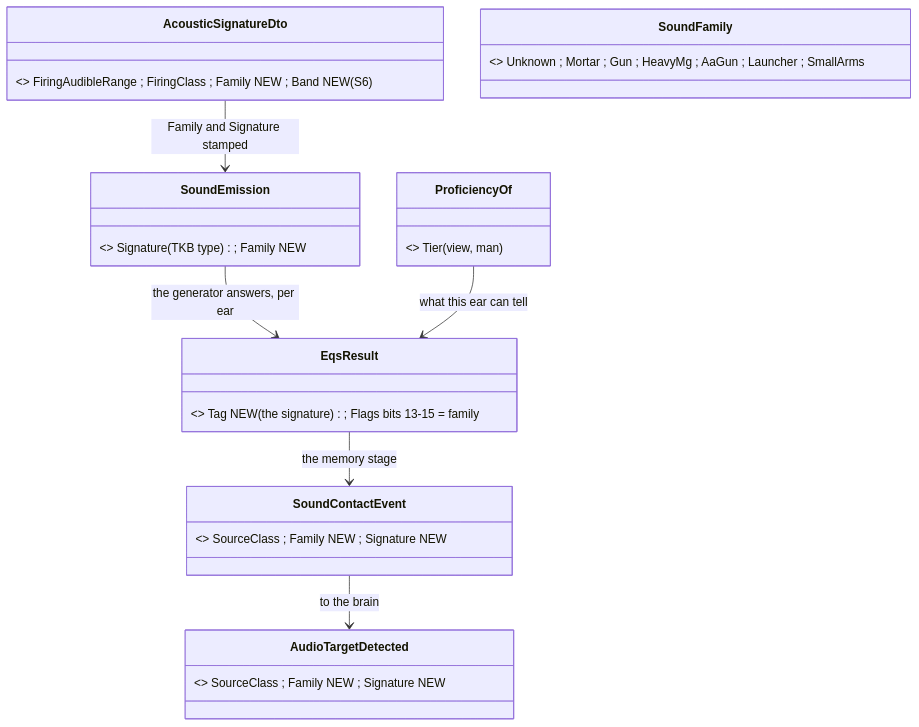
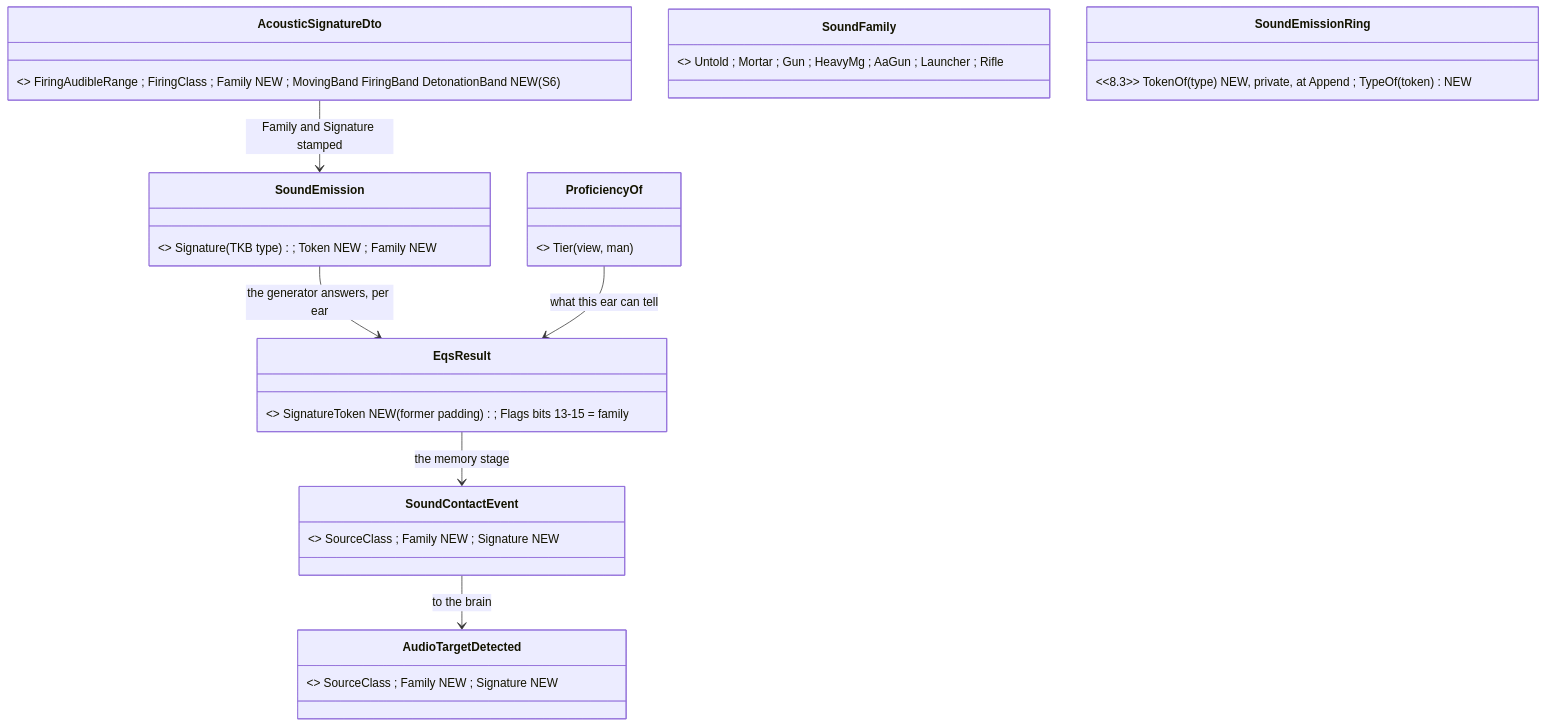
Diagram 12 of 12 in docs/DESIGN_Thermal_And_Acoustic_Sensing.md (pjanec/HROT), drawn with Mermaid before and after one commit. The commit also changed other lines of this file and 21 other files, not shown here.

````diff
--- a/docs/DESIGN_Thermal_And_Acoustic_Sensing.md
+++ b/docs/DESIGN_Thermal_And_Acoustic_Sensing.md
@@ -671,15 +672,16 @@
 ```mermaid
 classDiagram
-  class AcousticSignatureDto { <<TKB, existing>> FiringAudibleRange ; FiringClass ; Family NEW ; Band NEW (S6) }
-  class SoundFamily { <<NEW enum, 3 bits>> Unknown ; Mortar ; Gun ; HeavyMg ; AaGun ; Launcher ; SmallArms }
-  class SoundEmission { <<ring entry, 8.3>> Signature (TKB type) ; Family NEW }
-  class EqsResult { <<existing, 32 to 40 bytes>> Tag NEW (the signature) ; Flags bits 13-15 = family }
+  class AcousticSignatureDto { <<TKB, existing>> FiringAudibleRange ; FiringClass ; Family NEW ; MovingBand FiringBand DetonationBand NEW (S6) }
+  class SoundFamily { <<NEW enum, 3 bits>> Untold ; Mortar ; Gun ; HeavyMg ; AaGun ; Launcher ; Rifle }
+  class SoundEmissionRing { <<8.3>> TokenOf(type) NEW, private, at Append ; TypeOf(token) NEW }
+  class SoundEmission { <<ring entry, 8.3>> Signature (TKB type) ; Token NEW ; Family NEW }
+  class EqsResult { <<existing, 32 bytes, unchanged>> SignatureToken NEW (former padding) ; Flags bits 13-15 = family }
   class SoundContactEvent { <<existing>> SourceClass ; Family NEW ; Signature NEW }
   class AudioTargetDetected { <<wire, existing>> SourceClass ; Family NEW ; Signature NEW }
   class ProficiencyOf { <<existing, CE-2273>> Tier(view, man) }
   AcousticSignatureDto --> SoundEmission : Family and Signature stamped
   SoundEmission --> EqsResult : the generator answers, per ear
   ProficiencyOf --> EqsResult : what this ear can tell
   EqsResult --> SoundContactEvent : the memory stage
   SoundContactEvent --> AudioTargetDetected : to the brain
 ```
````
